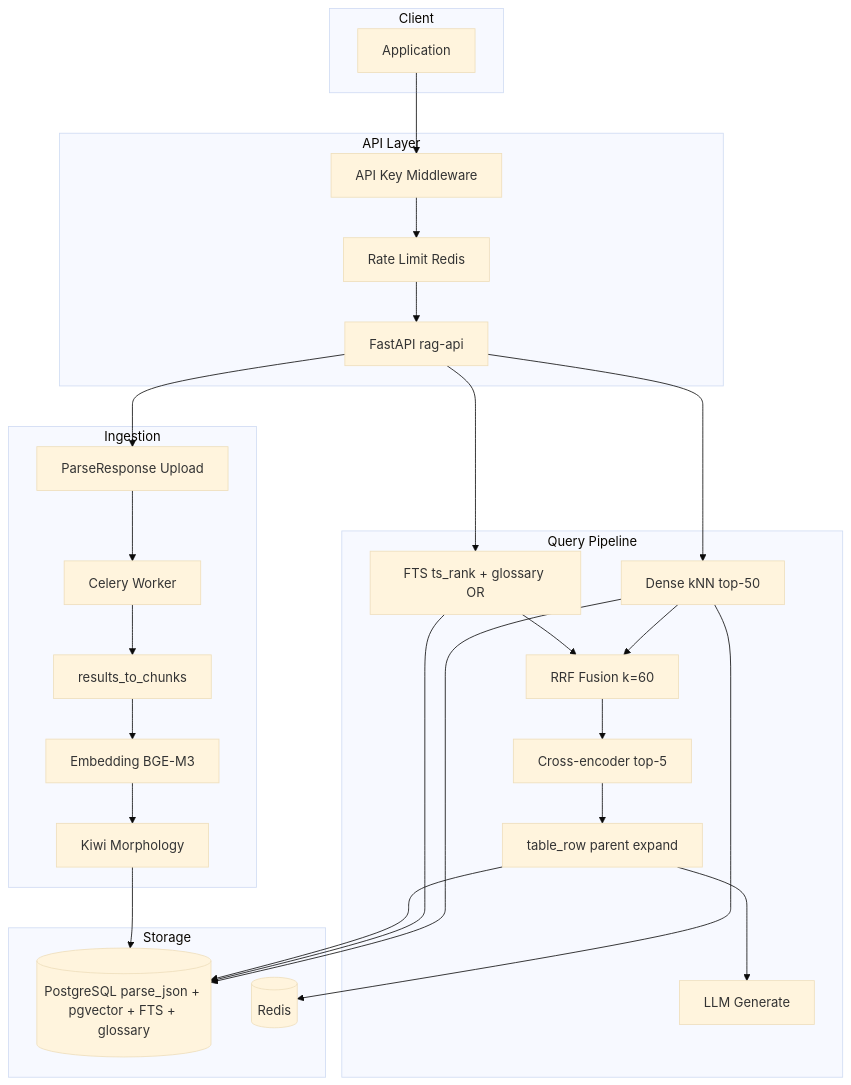
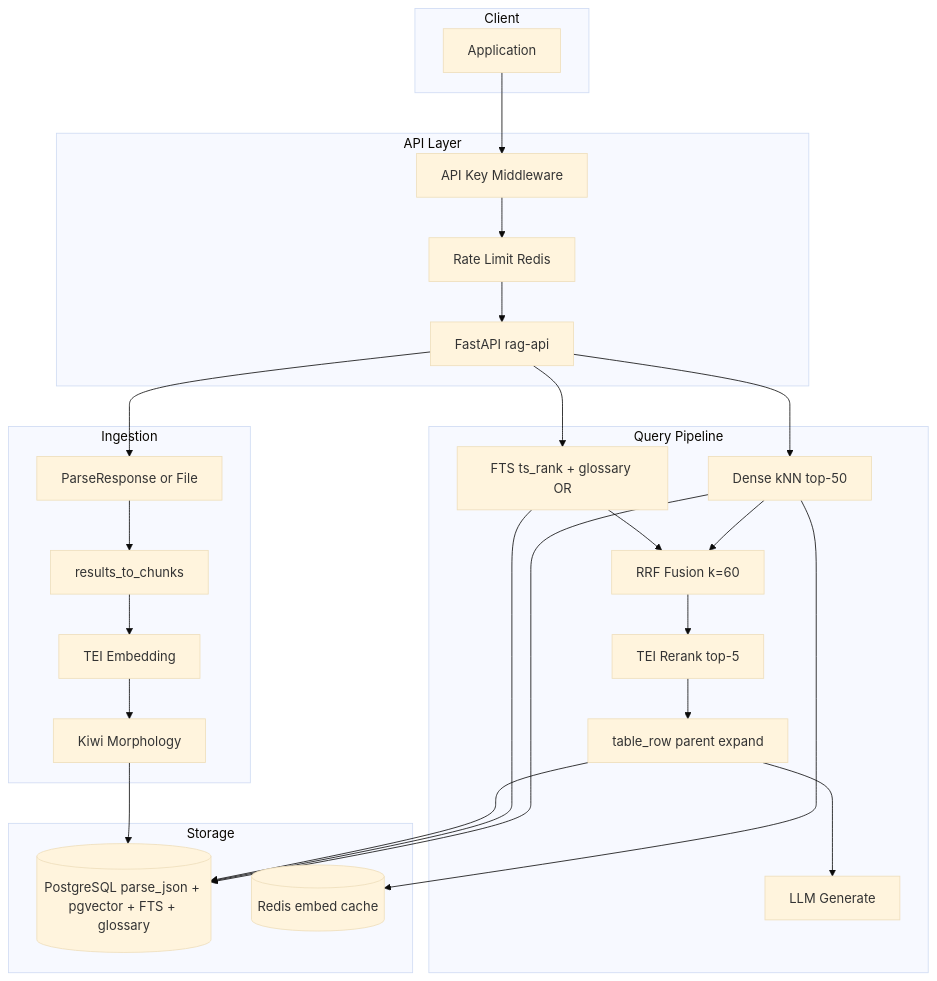
One commit to santarosalia/rag changed the first of 2 diagrams in doc/ARCHITECTURE.md. Above: the diagram before and after it, drawn with Mermaid (base theme). The commit also changed other lines of this file and 25 other files, not shown here.

````diff
--- a/doc/ARCHITECTURE.md
+++ b/doc/ARCHITECTURE.md
@@ -9,50 +9,48 @@
 ```mermaid
 flowchart TB
   subgraph client [Client]
     App[Application]
   end
 
   subgraph api_layer [API Layer]
     FastAPI[FastAPI rag-api]
     Auth[API Key Middleware]
     RateLimit[Rate Limit Redis]
   end
 
   subgraph ingest [Ingestion]
-    Upload[ParseResponse Upload]
+    Upload[ParseResponse or File]
     Chunker[results_to_chunks]
-    EmbedWorker[Embedding BGE-M3]
+    EmbedWorker[TEI Embedding]
     MorphWorker[Kiwi Morphology]
-    CeleryWorker[Celery Worker]
   end
 
   subgraph storage [Storage]
     PG[(PostgreSQL parse_json + pgvector + FTS + glossary)]
-    Redis[(Redis)]
+    Redis[(Redis embed cache)]
   end
 
   subgraph query [Query Pipeline]
     Dense[Dense kNN top-50]
     Sparse[FTS ts_rank + glossary OR]
     RRF[RRF Fusion k=60]
-    Rerank[Cross-encoder top-5]
+    Rerank[TEI Rerank top-5]
     Expand[table_row parent expand]
     LLM[LLM Generate]
   end
 
   App --> Auth --> RateLimit --> FastAPI
   FastAPI --> Upload
-  Upload --> CeleryWorker
-  CeleryWorker --> Chunker --> EmbedWorker
+  Upload --> Chunker --> EmbedWorker
   EmbedWorker --> MorphWorker --> PG
 
   FastAPI --> Dense
   FastAPI --> Sparse
   Dense --> PG
   Sparse --> PG
   Dense --> RRF
   Sparse --> RRF
   RRF --> Rerank --> Expand --> LLM
   Expand --> PG
   Dense --> Redis
 ```
````
